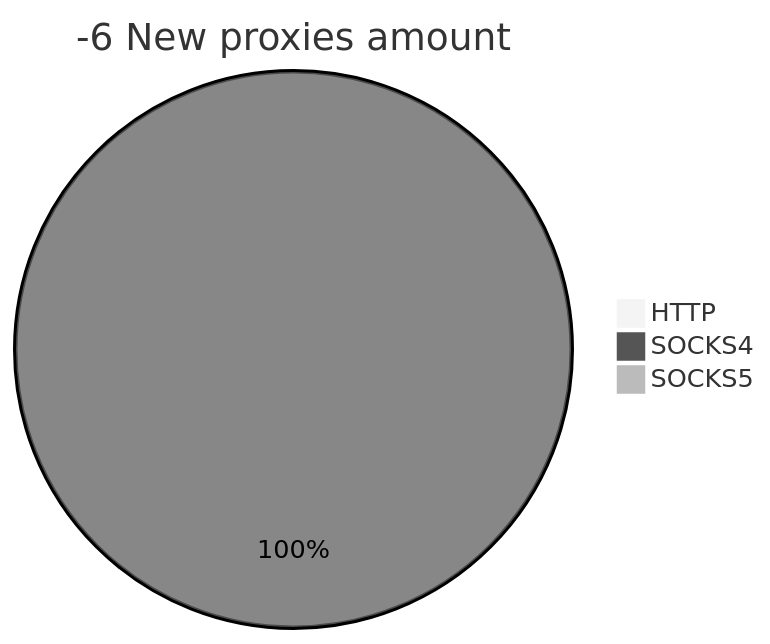
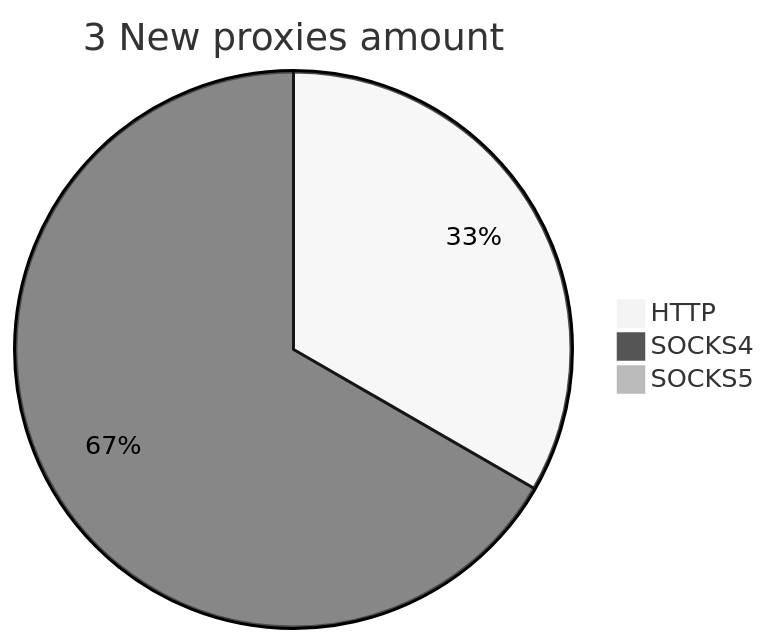
The second of 2 diagrams in README.md (cutipu/proxylist), drawn with Mermaid (neutral theme) before and after one commit. The commit also changed other lines of this file, not shown here.

````diff
--- a/README.md
+++ b/README.md
@@ -10,6 +10,6 @@
 ```mermaid
-pie title -6 New proxies amount
-    "HTTP" : 0
-    "SOCKS4" : 1
+pie title 3 New proxies amount
+    "HTTP" : 1
+    "SOCKS4" : 2
     "SOCKS5" : 0
 ```
````
